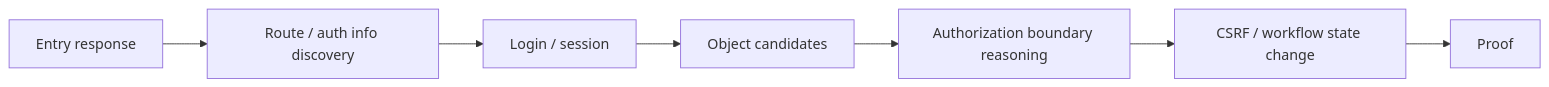
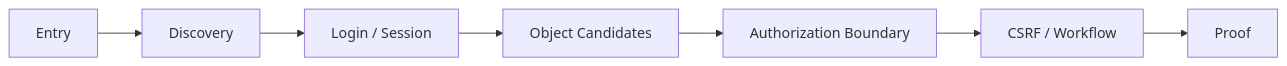
Before and after one commit to aether0xff-afk/AASSR: the diagram in wiki/Experiments.md, drawn with Mermaid. The commit also changed other lines of this file and 14 other files, not shown here.

````diff
--- a/wiki/Experiments.md
+++ b/wiki/Experiments.md
@@ -58,9 +147,9 @@
 ```mermaid
 flowchart LR
-    E[Entry response] --> D[Route / auth info discovery]
-    D --> L[Login / session]
-    L --> O[Object candidates]
-    O --> A[Authorization boundary reasoning]
-    A --> C[CSRF / workflow state change]
+    E[Entry] --> D[Discovery]
+    D --> L[Login / Session]
+    L --> O[Object Candidates]
+    O --> A[Authorization Boundary]
+    A --> C[CSRF / Workflow]
     C --> P[Proof]
 ```
````
